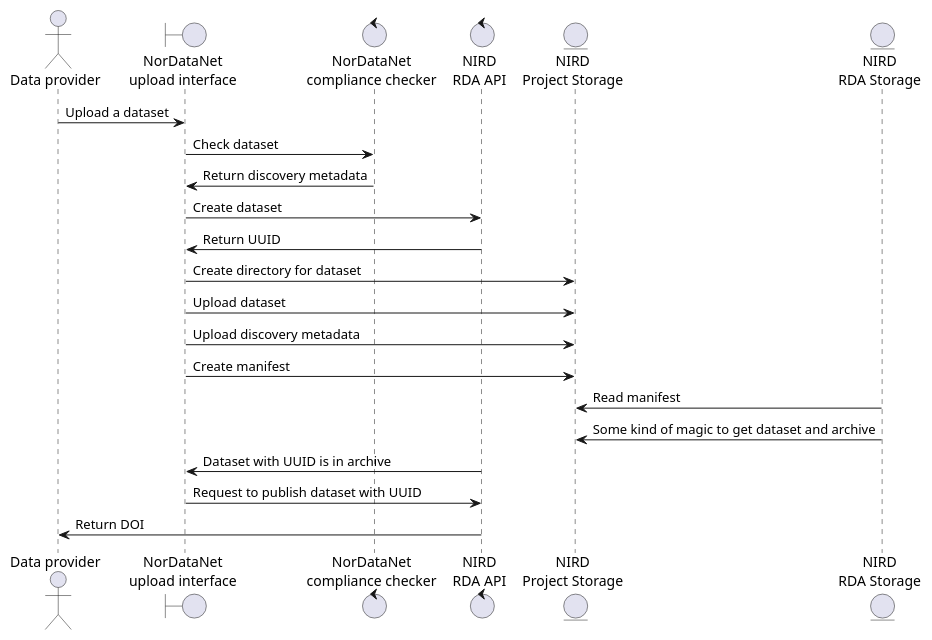
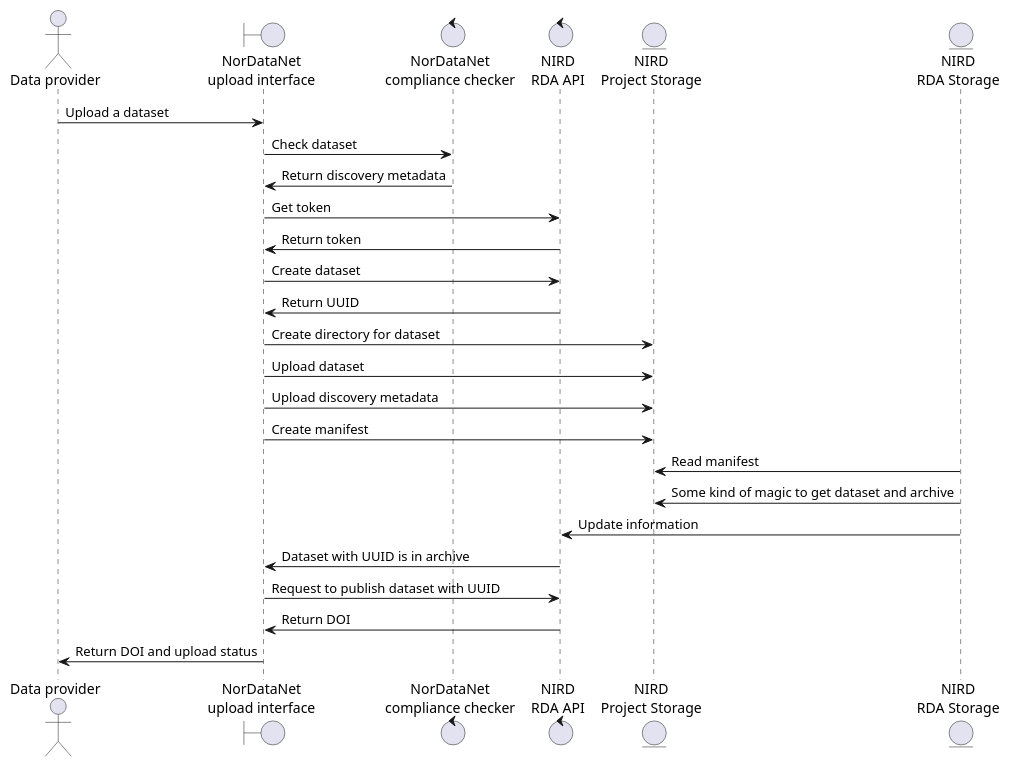
The diagram in doc/nird-upload-interactions.puml (NorDataNet/dataset_upload), drawn with PlantUML before and after one commit. The commit also changed 1 other file, not shown here.

```diff
--- a/doc/nird-upload-interactions.puml
+++ b/doc/nird-upload-interactions.puml
@@ -1,29 +1,33 @@
 @startuml
 actor DP as "Data provider"
 boundary UL as "NorDataNet\nupload interface"
 control CC as "NorDataNet\ncompliance checker"
 control NIRDA as "NIRD\nRDA API"
 entity NIRDPS as "NIRD\nProject Storage"
 entity NIRDAR as "NIRD\nRDA Storage"
 /'
 entity MMD as "Discovery metadata"
 entity "UUID"
 entity "DOI"
 collection "NIRD RDA"
 database Foo5
 '/
 DP -> UL : Upload a dataset
 UL -> CC : Check dataset
 CC -> UL : Return discovery metadata
+UL -> NIRDA : Get token
+NIRDA -> UL : Return token
 UL -> NIRDA : Create dataset
 NIRDA -> UL : Return UUID
 UL -> NIRDPS : Create directory for dataset
 UL -> NIRDPS : Upload dataset
 UL -> NIRDPS : Upload discovery metadata
 UL -> NIRDPS : Create manifest
 NIRDAR -> NIRDPS: Read manifest
 NIRDAR -> NIRDPS : Some kind of magic to get dataset and archive
+NIRDAR -> NIRDA : Update information
 NIRDA -> UL : Dataset with UUID is in archive
 UL -> NIRDA : Request to publish dataset with UUID
-NIRDA -> DP : Return DOI
+NIRDA -> UL : Return DOI
+UL -> DP : Return DOI and upload status
 @enduml
```
